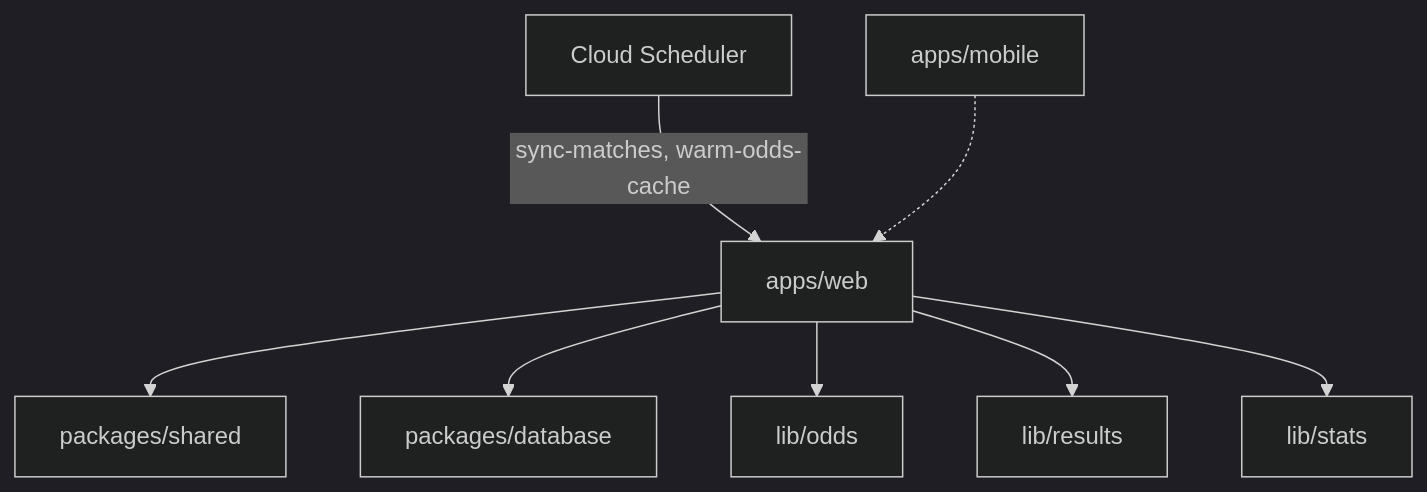
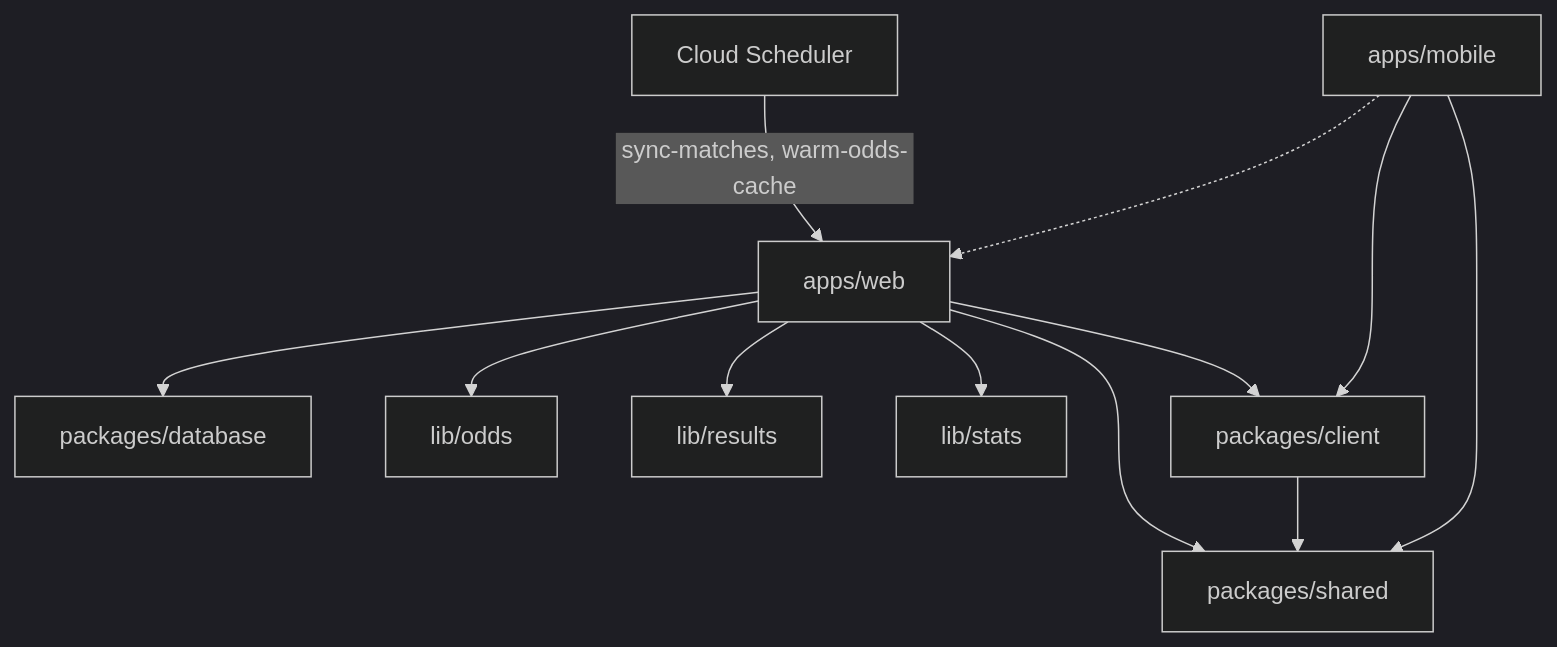
One commit to DanScreen/the-syndicate changed the diagram in docs/ARCHITECTURE.md. Above: the diagram before and after it, drawn with Mermaid (dark theme). The commit also changed other lines of this file and 8 other files, not shown here.

First line of the commit message:
Document the shared client layer and the parity changes

````diff
--- a/docs/ARCHITECTURE.md
+++ b/docs/ARCHITECTURE.md
@@ -11,10 +11,14 @@
 ```mermaid
 flowchart TB
   Web[apps/web] --> Shared[packages/shared]
   Web --> DB[packages/database]
   Web --> Odds[lib/odds]
   Web --> Results[lib/results]
   Web --> Stats[lib/stats]
   Cron[Cloud Scheduler] -->|sync-matches, warm-odds-cache| Web
   Mobile[apps/mobile] -.-> Web
+  Web --> Client[packages/client]
+  Mobile --> Client
+  Client --> Shared
+  Mobile --> Shared
 ```
````
